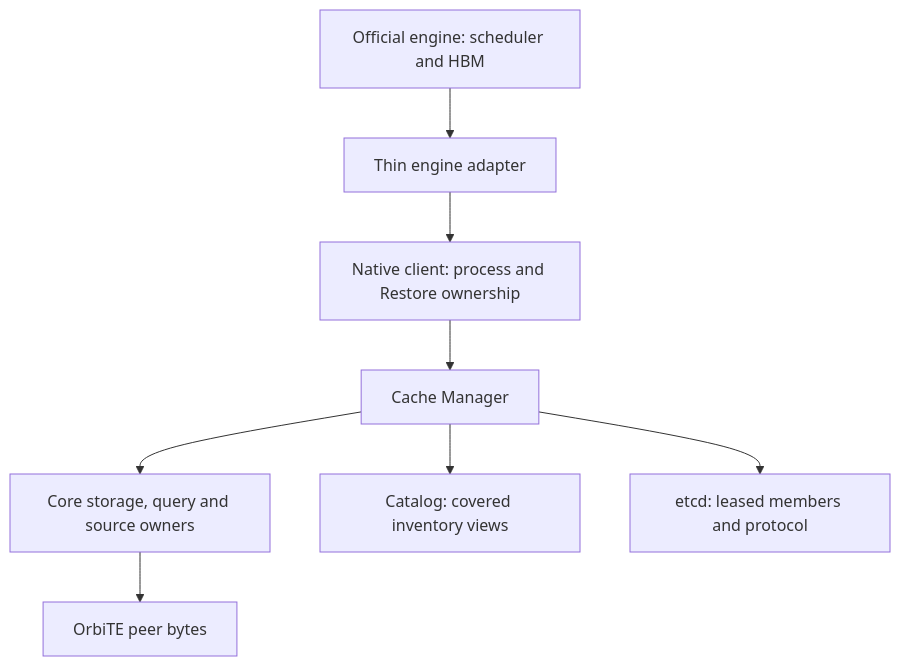
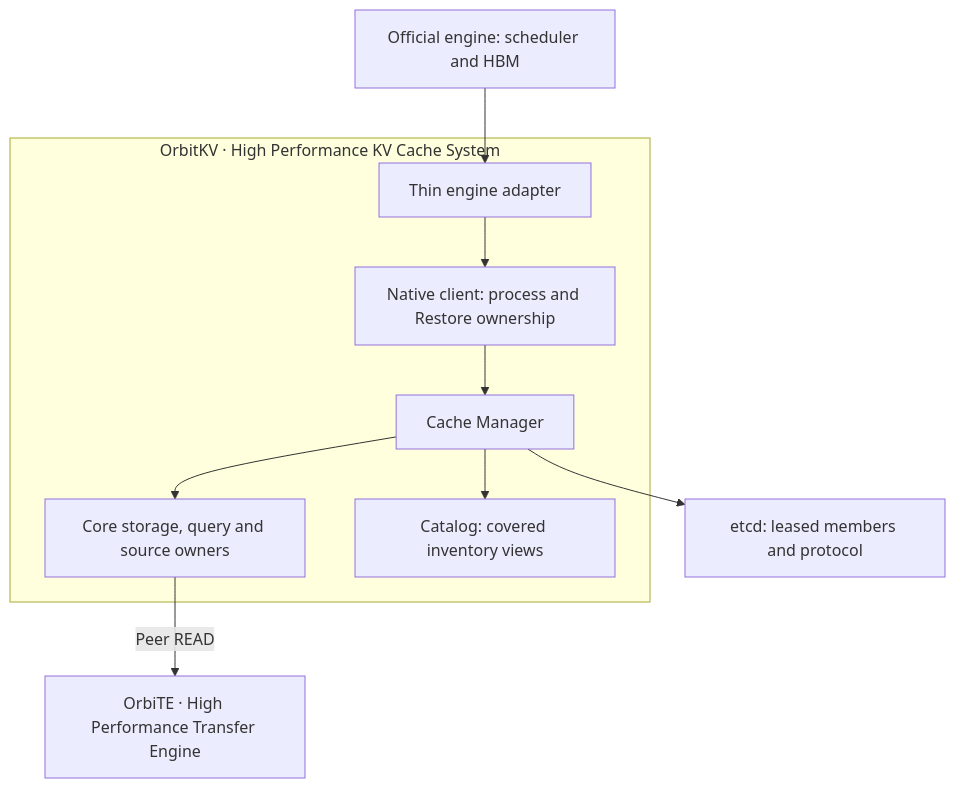
Before and after one commit to OrbitInfra/OrbitKV: the diagram in docs/architecture.md, drawn with Mermaid. The commit also changed other lines of this file and 11 other files, not shown here.

Commit message:
Align OrbitKV and OrbiTE product descriptions (#356)

````diff
--- a/docs/architecture.md
+++ b/docs/architecture.md
@@ -90,10 +92,12 @@
 ```mermaid
 flowchart TD
-  E[Official engine: scheduler and HBM] --> A[Thin engine adapter]
-  A --> C[Native client: process and Restore ownership]
-  C --> M[Cache Manager]
-  M --> S[Core storage, query and source owners]
-  M --> I[Catalog: covered inventory views]
+  subgraph KV["OrbitKV · High Performance KV Cache System"]
+    A[Thin engine adapter] --> C[Native client: process and Restore ownership]
+    C --> M[Cache Manager]
+    M --> S[Core storage, query and source owners]
+    M --> I[Catalog: covered inventory views]
+  end
+  E[Official engine: scheduler and HBM] --> A
   M --> X[etcd: leased members and protocol]
-  S --> T[OrbiTE peer bytes]
+  S -->|Peer READ| T["OrbiTE · High Performance Transfer Engine"]
 ```
````
